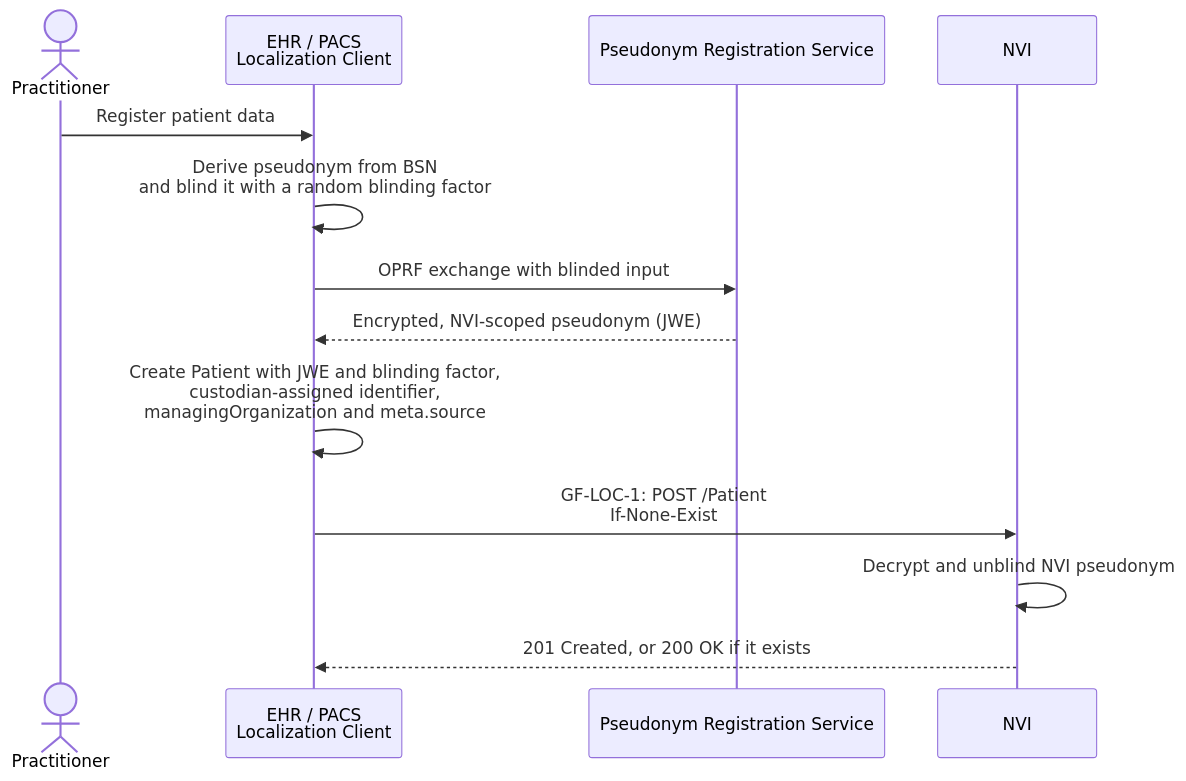
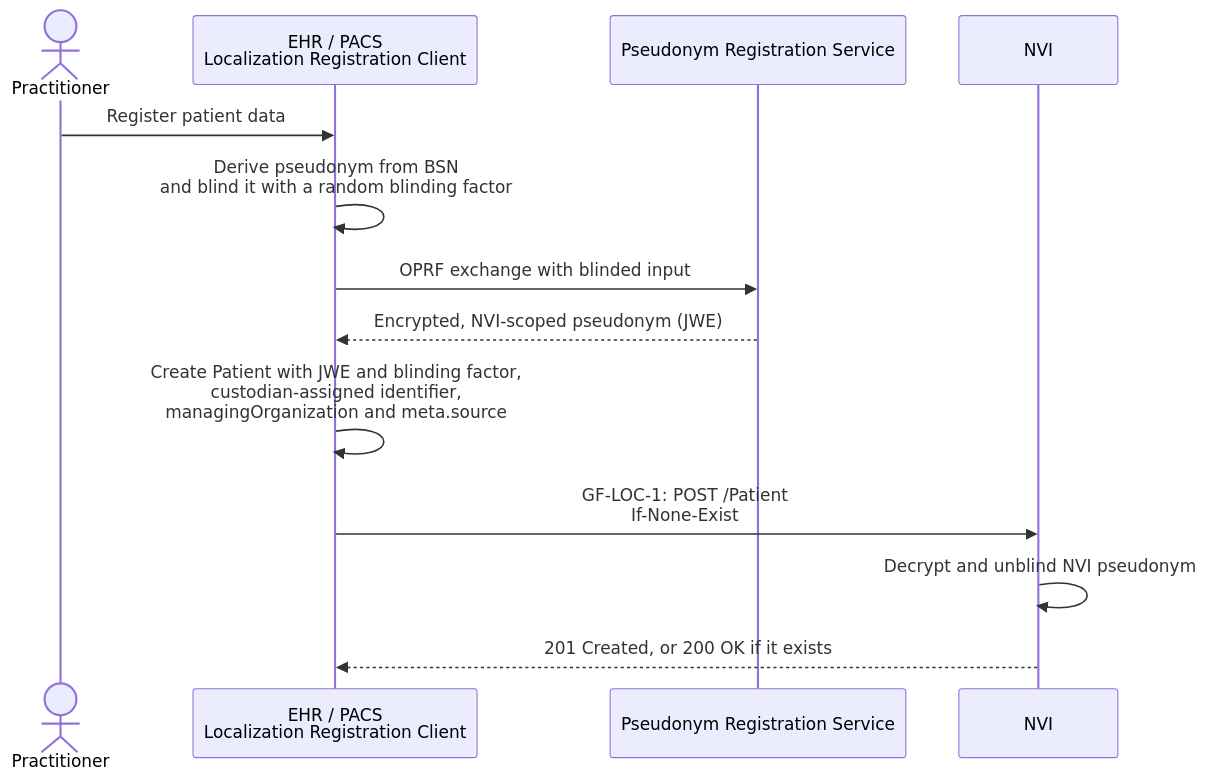
One commit to minvws/generiekefuncties-docs changed the second of 3 diagrams in input/pagecontent/localization.md. Above: the diagram before and after it, drawn with Mermaid. The commit also changed other lines of this file and 3 other files, not shown here.

Commit message:
Split Localization Client and require immediate registration

````diff
--- a/input/pagecontent/localization.md
+++ b/input/pagecontent/localization.md
@@ -417,16 +427,16 @@
 ```mermaid
 sequenceDiagram
     actor doctor as Practitioner
-    participant ehr as EHR / PACS<br/>Localization Client
+    participant ehr as EHR / PACS<br/>Localization Registration Client
     participant prs as Pseudonym Registration Service
     participant NVI as NVI
 
     doctor->>ehr: Register patient data
     ehr->>ehr: Derive pseudonym from BSN<br/>and blind it with a random blinding factor
     ehr->>prs: OPRF exchange with blinded input
     prs-->>ehr: Encrypted, NVI-scoped pseudonym (JWE)
     ehr->>ehr: Create Patient with JWE and blinding factor,<br/>custodian-assigned identifier,<br/>managingOrganization and meta.source
     ehr->>NVI: GF-LOC-1: POST /Patient<br/>If-None-Exist
     NVI->>NVI: Decrypt and unblind NVI pseudonym
     NVI-->>ehr: 201 Created, or 200 OK if it exists
 ```
````
